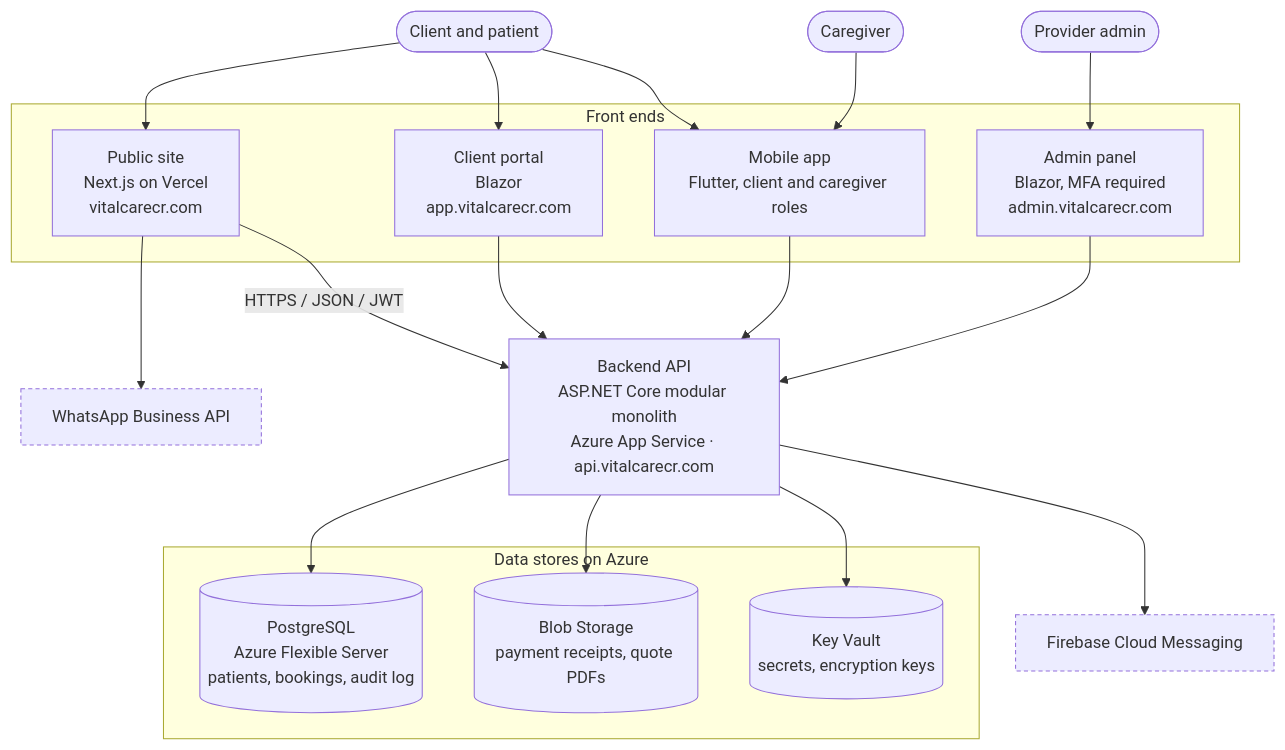
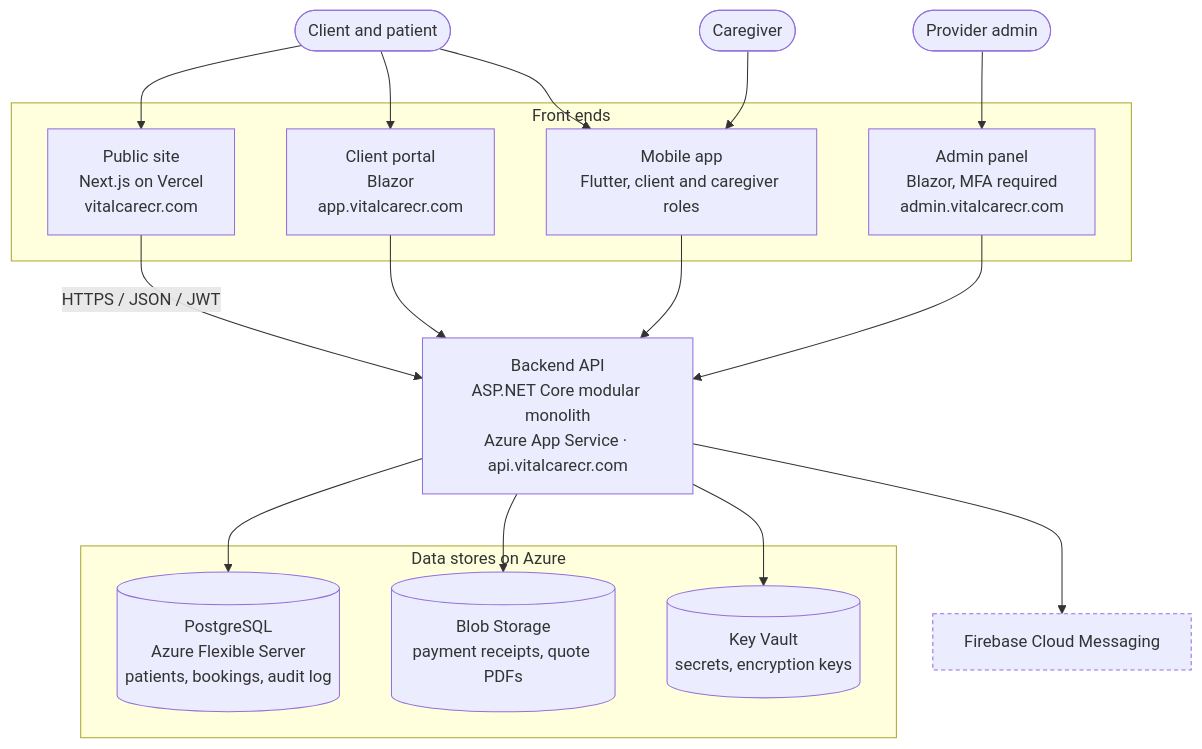
The diagram in docs/architecture/c4-containers.md (jeinando/VitalCare-Platform), drawn with Mermaid before and after one commit. The commit also changed other lines of this file and 2 other files, not shown here.

Commit message:
docs: remove references to a WhatsApp chatbot that does not exist
The public site only shows services; no chatbot exists yet. ADR-001,
ADR-006 and the C4 container view now reflect that, and note that any
future chatbot must go through the API.

Claude-Session: https://claude.ai/code/session_0137A8FLTaFmksn8Vv5ry8KJ

````diff
--- a/docs/architecture/c4-containers.md
+++ b/docs/architecture/c4-containers.md
@@ -5,43 +5,41 @@
 ```mermaid
 flowchart TB
     client([Client and patient])
     caregiver([Caregiver])
     admin([Provider admin])
 
     subgraph frontends[Front ends]
         public["Public site<br/>Next.js on Vercel<br/>vitalcarecr.com"]
         portal["Client portal<br/>Blazor<br/>app.vitalcarecr.com"]
         mobile["Mobile app<br/>Flutter, client and caregiver roles"]
         adminpanel["Admin panel<br/>Blazor, MFA required<br/>admin.vitalcarecr.com"]
     end
 
     api["Backend API<br/>ASP.NET Core modular monolith<br/>Azure App Service · api.vitalcarecr.com"]
 
     subgraph data[Data stores on Azure]
         db[("PostgreSQL<br/>Azure Flexible Server<br/>patients, bookings, audit log")]
         blob[("Blob Storage<br/>payment receipts, quote PDFs")]
         kv[("Key Vault<br/>secrets, encryption keys")]
     end
 
-    whatsapp["WhatsApp Business API"]:::external
     fcm["Firebase Cloud Messaging"]:::external
 
     client --> public
     client --> portal
     client --> mobile
     caregiver --> mobile
     admin --> adminpanel
 
-    public --> whatsapp
     public -- "HTTPS / JSON / JWT" --> api
     portal --> api
     mobile --> api
     adminpanel --> api
 
     api --> db
     api --> blob
     api --> kv
     api --> fcm
 
     classDef external stroke-dasharray: 4 3
 ```
````
